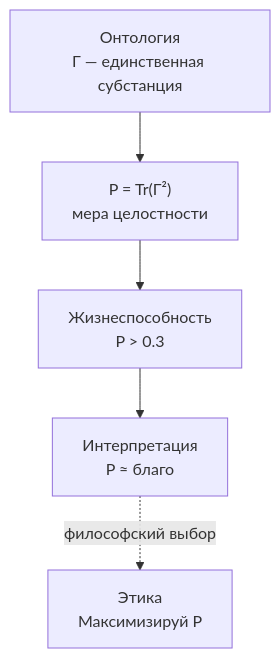
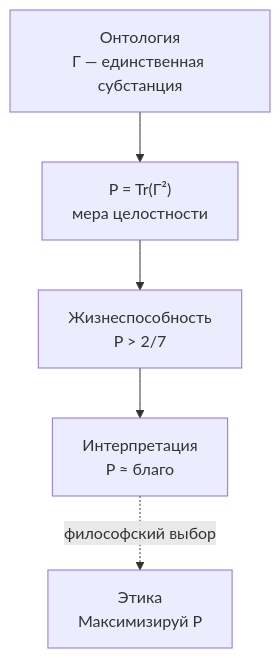
Before and after one commit to uhm-theory/holon: the diagram in website/docs/core/ethics/foundations.md, drawn with Mermaid. The commit also changed other lines of this file and 36 other files, not shown here.

````diff
--- a/website/docs/core/ethics/foundations.md
+++ b/website/docs/core/ethics/foundations.md
@@ -64,13 +64,13 @@
 ```mermaid
 graph TD
     O["Онтология<br/>Γ — единственная субстанция"]
     P_node["P = Tr#40;Γ²#41;<br/>мера целостности"]
-    V["Жизнеспособность<br/>P > 0.3"]
+    V["Жизнеспособность<br/>P > 2/7"]
     I["Интерпретация<br/>P ≈ благо"]
     E["Этика<br/>Максимизируй P"]
 
     O --> P_node
     P_node --> V
     V --> I
     I -.-> |"философский выбор"| E
 ```
````
